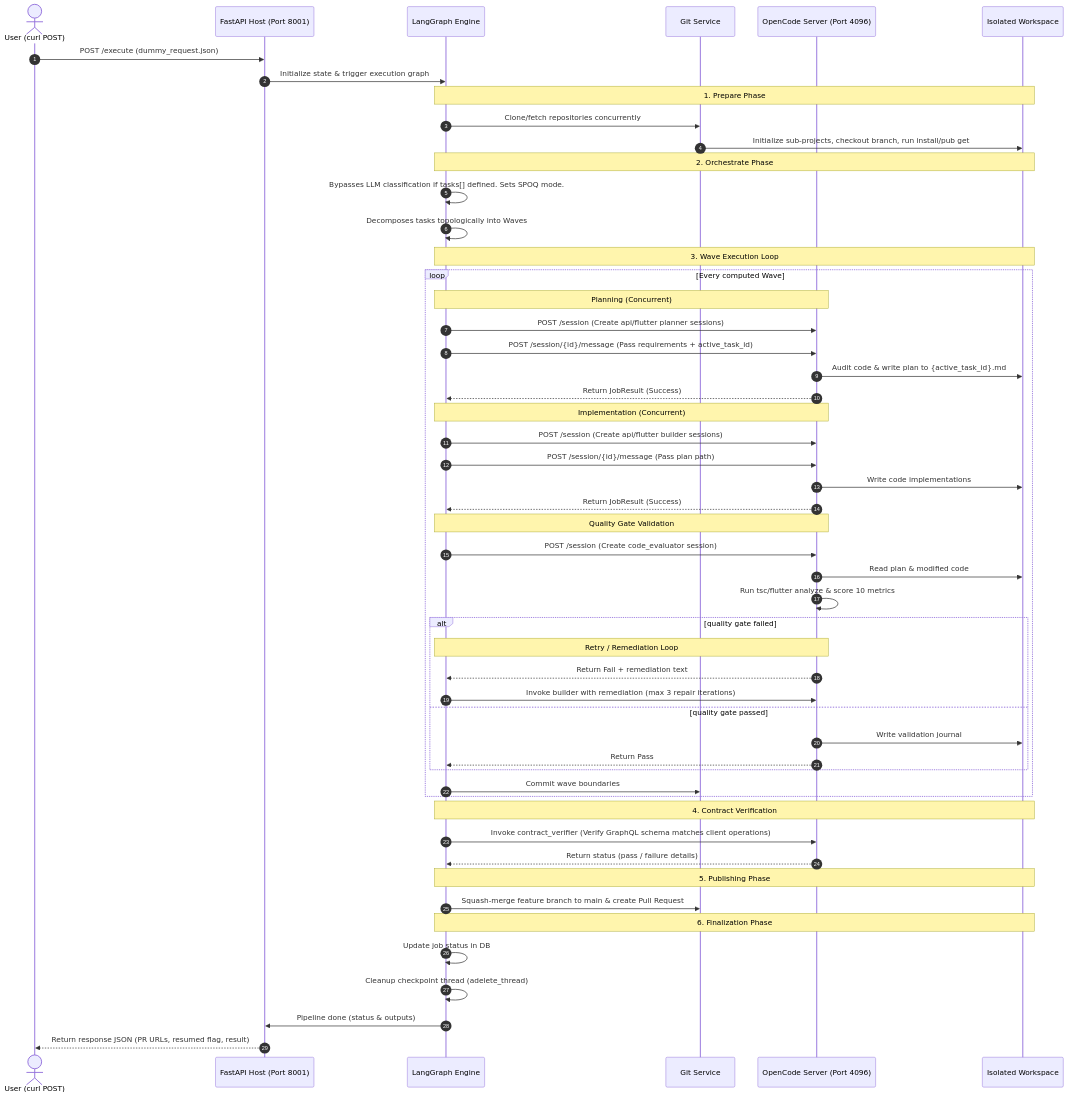
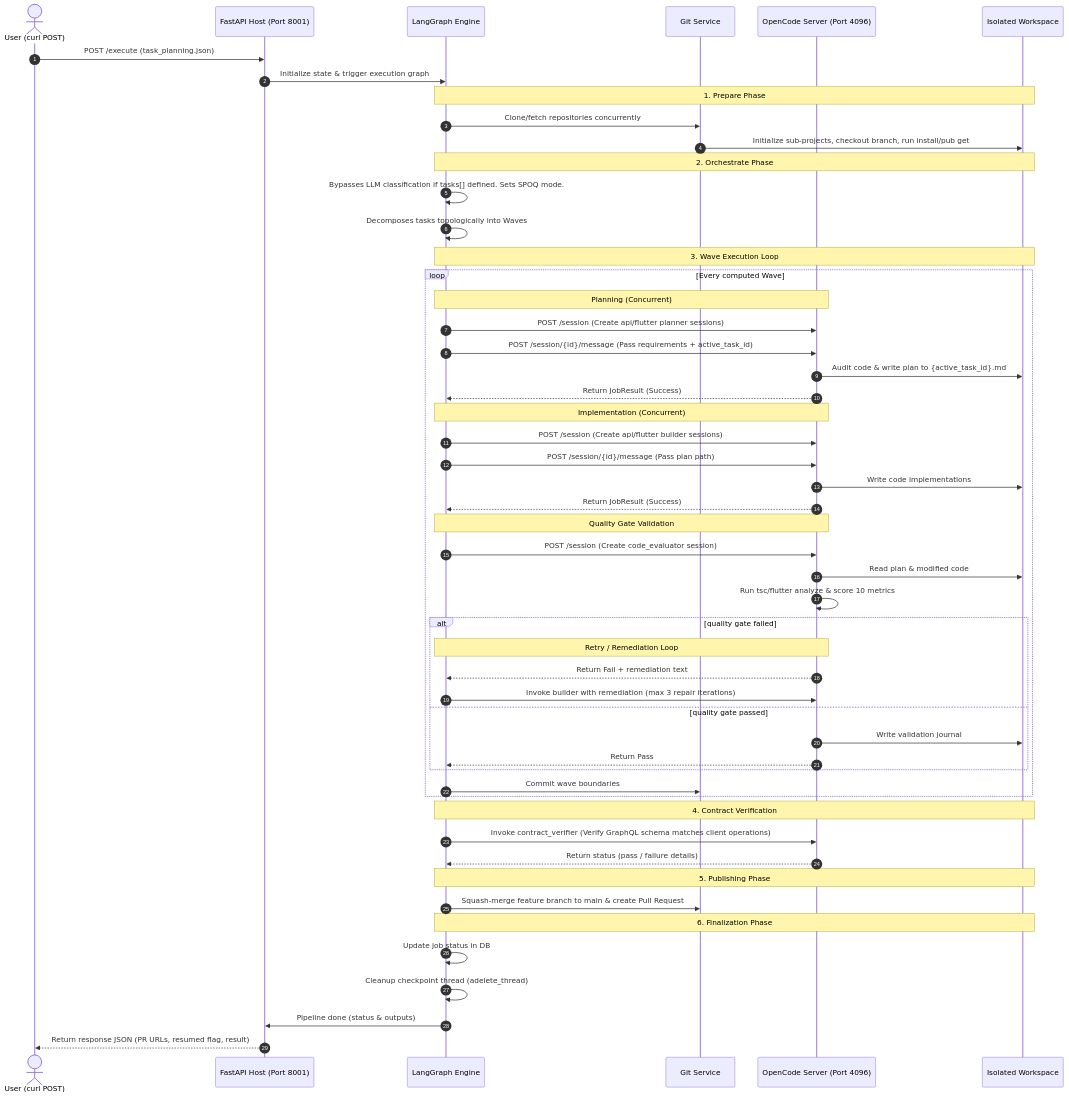
Before and after one commit to basnetjiten/test-repo: the sixth of 6 diagrams in ebprocess-development/Architecture.md, drawn with Mermaid. The commit also changed other lines of this file and 48 other files, not shown here.

````diff
--- a/ebprocess-development/Architecture.md
+++ b/ebprocess-development/Architecture.md
@@ -881,73 +882,73 @@
 ```mermaid
 sequenceDiagram
     autonumber
     actor User as User (curl POST)
     participant FastAPI as FastAPI Host (Port 8001)
     participant Graph as LangGraph Engine
     participant Git as Git Service
     participant OpenCode as OpenCode Server (Port 4096)
     participant Workspace as Isolated Workspace
 
-    User->>FastAPI: POST /execute (dummy_request.json)
+    User->>FastAPI: POST /execute (task_planning.json)
     FastAPI->>Graph: Initialize state & trigger execution graph
 
     %% prepare phase
     Note over Graph,Workspace: 1. Prepare Phase
     Graph->>Git: Clone/fetch repositories concurrently
     Git->>Workspace: Initialize sub-projects, checkout branch, run install/pub get
 
     %% orchestrate phase
     Note over Graph,Workspace: 2. Orchestrate Phase
     Graph->>Graph: Bypasses LLM classification if tasks[] defined. Sets SPOQ mode.
     Graph->>Graph: Decomposes tasks topologically into Waves
 
     %% plan/generate loop
     Note over Graph,Workspace: 3. Wave Execution Loop
     loop Every computed Wave
         %% plan phase
         Note over Graph,OpenCode: Planning (Concurrent)
         Graph->>OpenCode: POST /session (Create api/flutter planner sessions)
         Graph->>OpenCode: POST /session/{id}/message (Pass requirements + active_task_id)
         OpenCode->>Workspace: Audit code & write plan to {active_task_id}.md
         OpenCode-->>Graph: Return JobResult (Success)
 
         %% generate phase
         Note over Graph,OpenCode: Implementation (Concurrent)
         Graph->>OpenCode: POST /session (Create api/flutter builder sessions)
         Graph->>OpenCode: POST /session/{id}/message (Pass plan path)
         OpenCode->>Workspace: Write code implementations
         OpenCode-->>Graph: Return JobResult (Success)
 
         %% validation gate
         Note over Graph,OpenCode: Quality Gate Validation
         Graph->>OpenCode: POST /session (Create code_evaluator session)
         OpenCode->>Workspace: Read plan & modified code
         OpenCode->>OpenCode: Run tsc/flutter analyze & score 10 metrics
         alt quality gate failed
             Note over Graph,OpenCode: Retry / Remediation Loop
             OpenCode-->>Graph: Return Fail + remediation text
             Graph->>OpenCode: Invoke builder with remediation (max 3 repair iterations)
         else quality gate passed
             OpenCode->>Workspace: Write validation journal
             OpenCode-->>Graph: Return Pass
         end
 
         Graph->>Git: Commit wave boundaries
     end
 
     %% contract auditing
     Note over Graph,Workspace: 4. Contract Verification
     Graph->>OpenCode: Invoke contract_verifier (Verify GraphQL schema matches client operations)
     OpenCode-->>Graph: Return status (pass / failure details)
 
     %% publish phase
     Note over Graph,Workspace: 5. Publishing Phase
     Graph->>Git: Squash-merge feature branch to main & create Pull Request
     
     %% finalize phase
     Note over Graph,Workspace: 6. Finalization Phase
     Graph->>Graph: Update job status in DB
     Graph->>Graph: Cleanup checkpoint thread (adelete_thread)
     Graph->>FastAPI: Pipeline done (status & outputs)
     FastAPI-->>User: Return response JSON (PR URLs, resumed flag, result)
 ```
````
